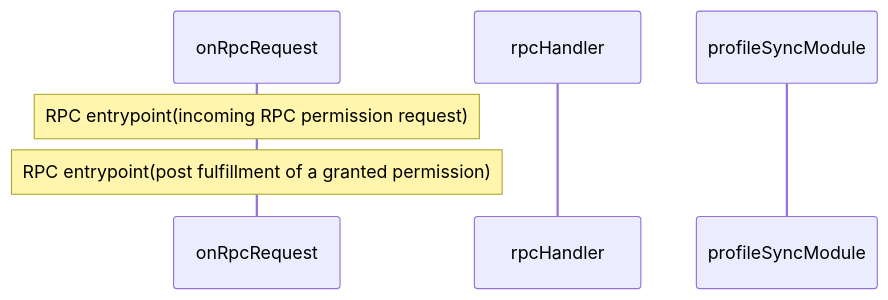
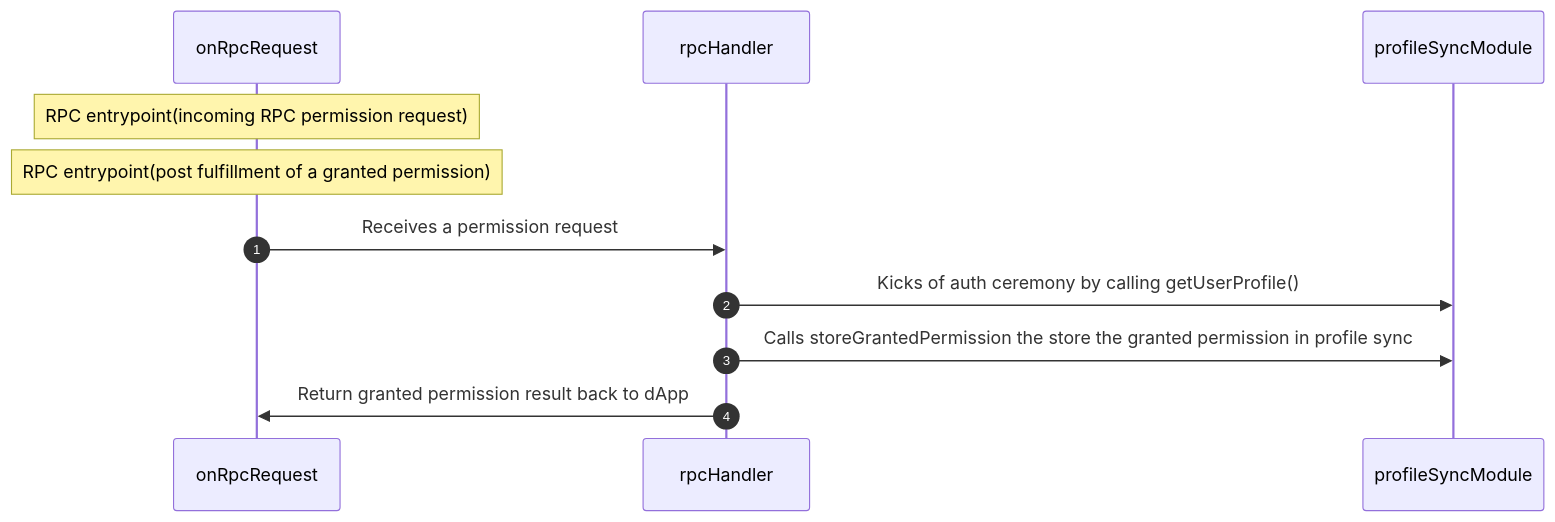
Before and after one commit to MetaMask/snap-7715-permissions: the second of 4 diagrams in packages/permissions-provider-snap/docs/persistGrantedPermissions.md, drawn with Mermaid. The commit also changed other lines of this file and 9 other files, not shown here.

Commit message:
add storing permission to profile sync e2e

````diff
--- a/packages/permissions-provider-snap/docs/persistGrantedPermissions.md
+++ b/packages/permissions-provider-snap/docs/persistGrantedPermissions.md
@@ -43,11 +47,15 @@
 ```mermaid
 sequenceDiagram
  autonumber
  participant onRpcRequest
  participant rpcHandler
  participant profileSyncModule
 
 Note over onRpcRequest: RPC entrypoint(incoming RPC permission request)
 Note over onRpcRequest: RPC entrypoint(post fulfillment of a granted permission)
 
+onRpcRequest->>rpcHandler: Receives a permission request
+rpcHandler->>profileSyncModule: Kicks of auth ceremony by calling getUserProfile()
+rpcHandler->>profileSyncModule: Calls storeGrantedPermission the store the granted permission in profile sync
+rpcHandler->>onRpcRequest: Return granted permission result back to dApp
 ```
````
